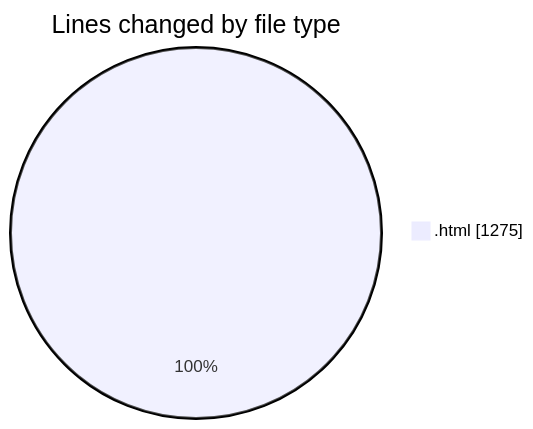
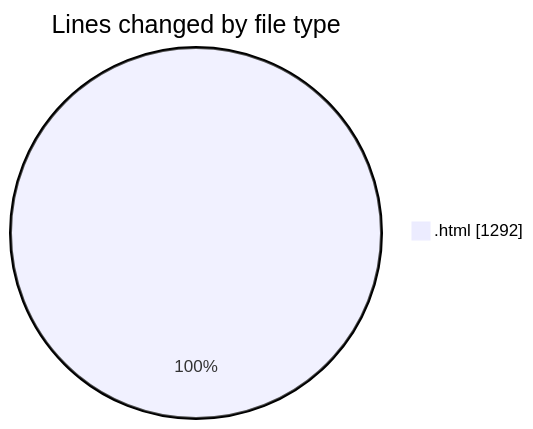
One commit to Ritupan-Deka/code-tracking changed the first of 2 diagrams in 2025-05-21/filetransfer/README.md. Above: the diagram before and after it, drawn with Mermaid. The commit also changed other lines of this file and 1 other file, not shown here.

````diff
--- a/2025-05-21/filetransfer/README.md
+++ b/2025-05-21/filetransfer/README.md
@@ -22,5 +22,5 @@
 ```mermaid
 pie showData
 title Lines changed by file type
-".html" : 1275
+".html" : 1292
 ```
````
